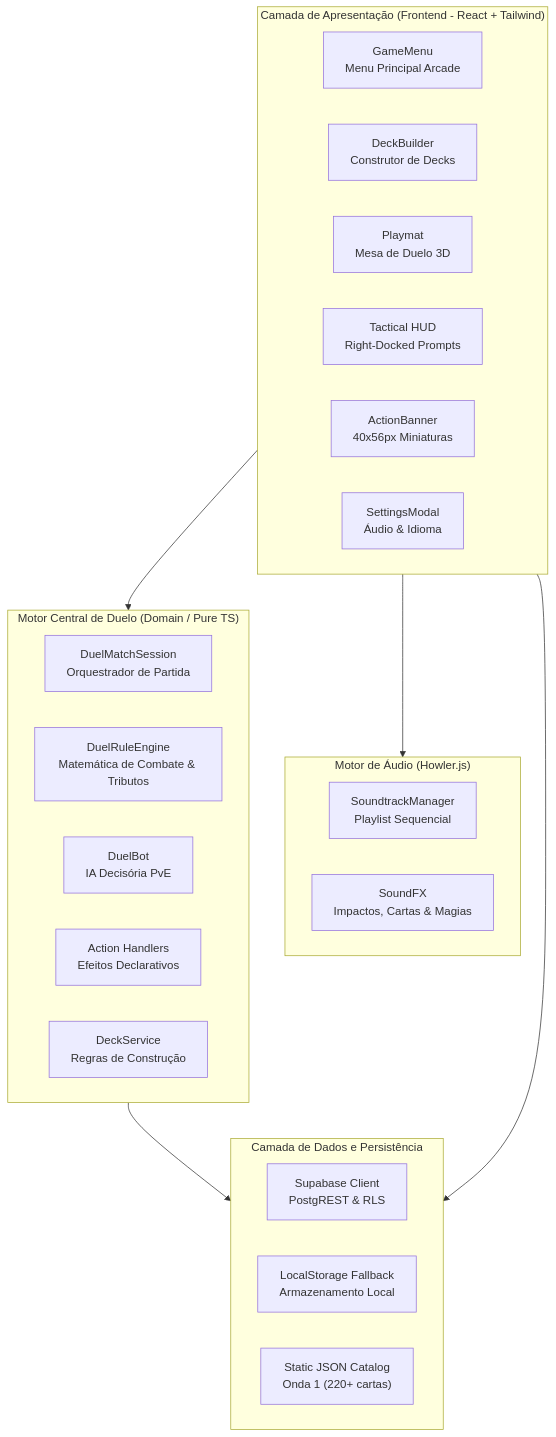
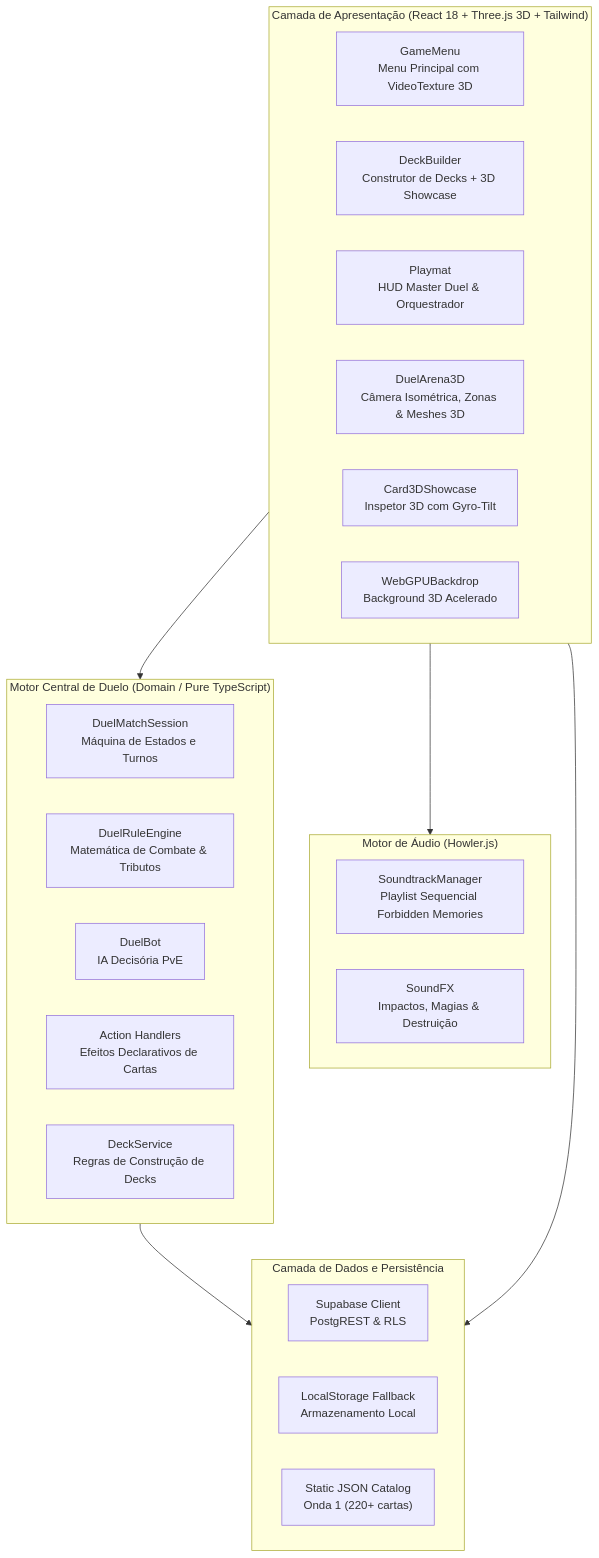
The first of 5 diagrams in README.md (Mathz36/yugioh), drawn with Mermaid before and after one commit. The commit also changed other lines of this file, not shown here.

Commit message:
docs: update README with WebGPU 3D architecture, Master Duel HUD, and 181 tests

````diff
--- a/README.md
+++ b/README.md
@@ -53,35 +62,35 @@
 ```mermaid
 graph TD
-    subgraph UI ["Camada de Apresentação (Frontend - React + Tailwind)"]
-        A1["GameMenu<br/>Menu Principal Arcade"]
-        A2["DeckBuilder<br/>Construtor de Decks"]
-        A3["Playmat<br/>Mesa de Duelo 3D"]
-        A4["Tactical HUD<br/>Right-Docked Prompts"]
-        A5["ActionBanner<br/>40x56px Miniaturas"]
-        A6["SettingsModal<br/>Áudio & Idioma"]
+    subgraph UI ["Camada de Apresentação (React 18 + Three.js 3D + Tailwind)"]
+        A1["GameMenu<br/>Menu Principal com VideoTexture 3D"]
+        A2["DeckBuilder<br/>Construtor de Decks + 3D Showcase"]
+        A3["Playmat<br/>HUD Master Duel & Orquestrador"]
+        A4["DuelArena3D<br/>Câmera Isométrica, Zonas & Meshes 3D"]
+        A5["Card3DShowcase<br/>Inspetor 3D com Gyro-Tilt"]
+        A6["WebGPUBackdrop<br/>Background 3D Acelerado"]
     end
 
     subgraph AudioEngine ["Motor de Áudio (Howler.js)"]
-        S1["SoundtrackManager<br/>Playlist Sequencial"]
-        S2["SoundFX<br/>Impactos, Cartas & Magias"]
+        S1["SoundtrackManager<br/>Playlist Sequencial Forbidden Memories"]
+        S2["SoundFX<br/>Impactos, Magias & Destruição"]
     end
 
-    subgraph CoreEngine ["Motor Central de Duelo (Domain / Pure TS)"]
-        B1["DuelMatchSession<br/>Orquestrador de Partida"]
+    subgraph CoreEngine ["Motor Central de Duelo (Domain / Pure TypeScript)"]
+        B1["DuelMatchSession<br/>Máquina de Estados e Turnos"]
         B2["DuelRuleEngine<br/>Matemática de Combate & Tributos"]
         B3["DuelBot<br/>IA Decisória PvE"]
-        B4["Action Handlers<br/>Efeitos Declarativos"]
-        B5["DeckService<br/>Regras de Construção"]
+        B4["Action Handlers<br/>Efeitos Declarativos de Cartas"]
+        B5["DeckService<br/>Regras de Construção de Decks"]
     end
 
     subgraph DataAccess ["Camada de Dados e Persistência"]
         C1["Supabase Client<br/>PostgREST & RLS"]
         C2["LocalStorage Fallback<br/>Armazenamento Local"]
         C3["Static JSON Catalog<br/>Onda 1 (220+ cartas)"]
     end
 
     UI --> CoreEngine
     UI --> AudioEngine
     CoreEngine --> DataAccess
     UI --> DataAccess
 ```
````
